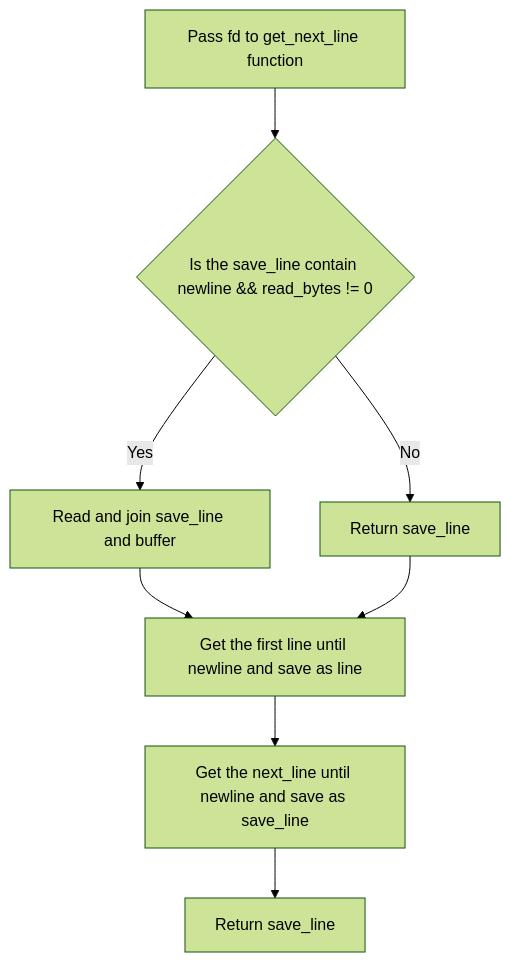
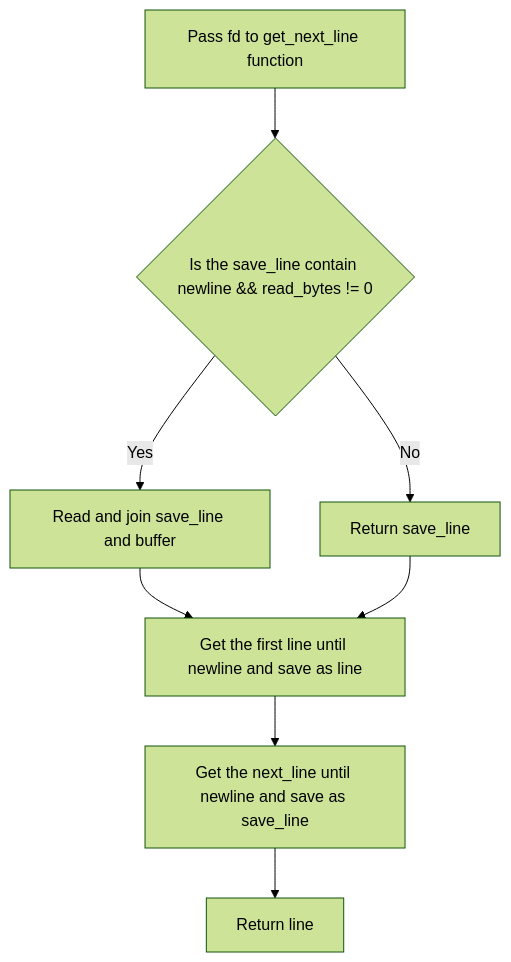
Before and after one commit to shawnteh1711/get_next-line: the diagram in README.md, drawn with Mermaid (forest theme).

````diff
--- a/README.md
+++ b/README.md
@@ -11,10 +11,10 @@
 ```mermaid
 flowchart TD
    A[Pass fd to get_next_line function] --> B{Is the save_line contain newline && read_bytes != 0};
    B -- Yes --> C[Read and join save_line and buffer];
    B -- No --> D[Return save_line];
    C --> E[Get the first line until newline and save as line];
    D --> E[Get the first line until newline and save as line];
    E --> F[Get the next_line until newline and save as save_line];
-   F --> G[Return save_line];
+   F --> G[Return line];
 ```
````
